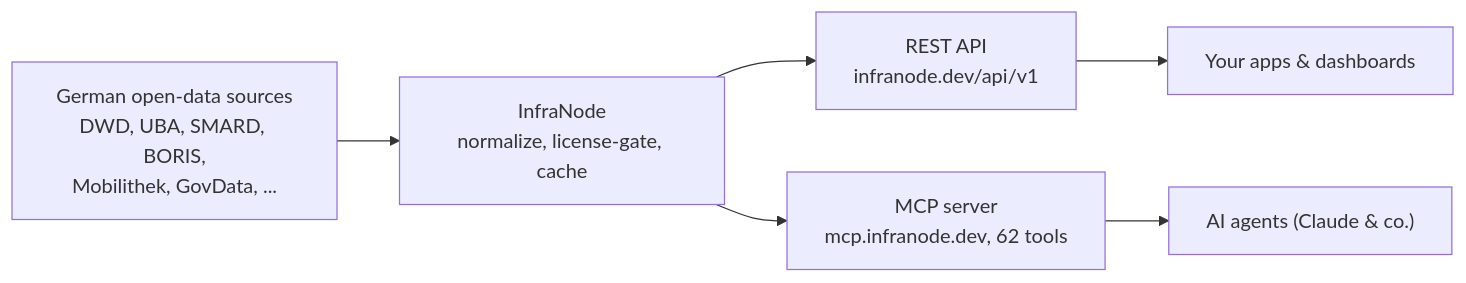
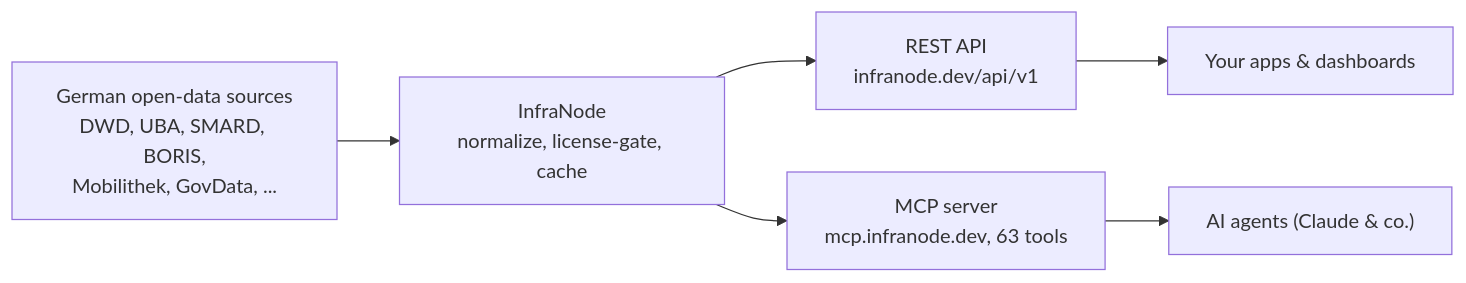
Before and after one commit to street1983nk/infranode: the diagram in README.md, drawn with Mermaid. The commit also changed other lines of this file and 9 other files, not shown here.

````diff
--- a/README.md
+++ b/README.md
@@ -30,8 +30,8 @@
 ```mermaid
 flowchart LR
     SRC["German open-data sources<br/>DWD, UBA, SMARD, BORIS,<br/>Mobilithek, GovData, ..."] --> CORE["InfraNode<br/>normalize, license-gate, cache"]
     CORE --> API["REST API<br/>infranode.dev/api/v1"]
-    CORE --> MCP["MCP server<br/>mcp.infranode.dev, 62 tools"]
+    CORE --> MCP["MCP server<br/>mcp.infranode.dev, 63 tools"]
     API --> APPS["Your apps &amp; dashboards"]
     MCP --> AGENTS["AI agents (Claude &amp; co.)"]
 ```
````
